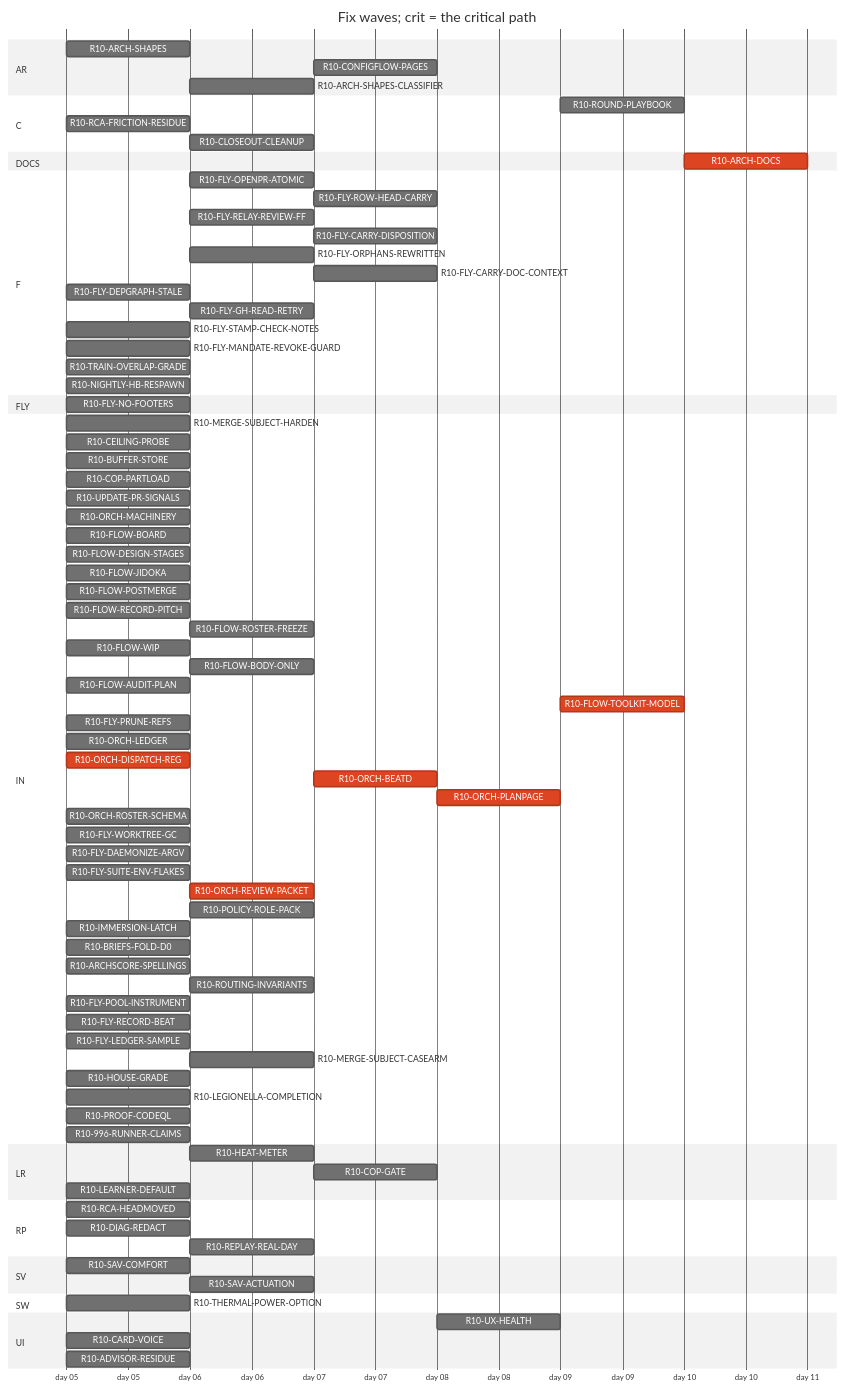
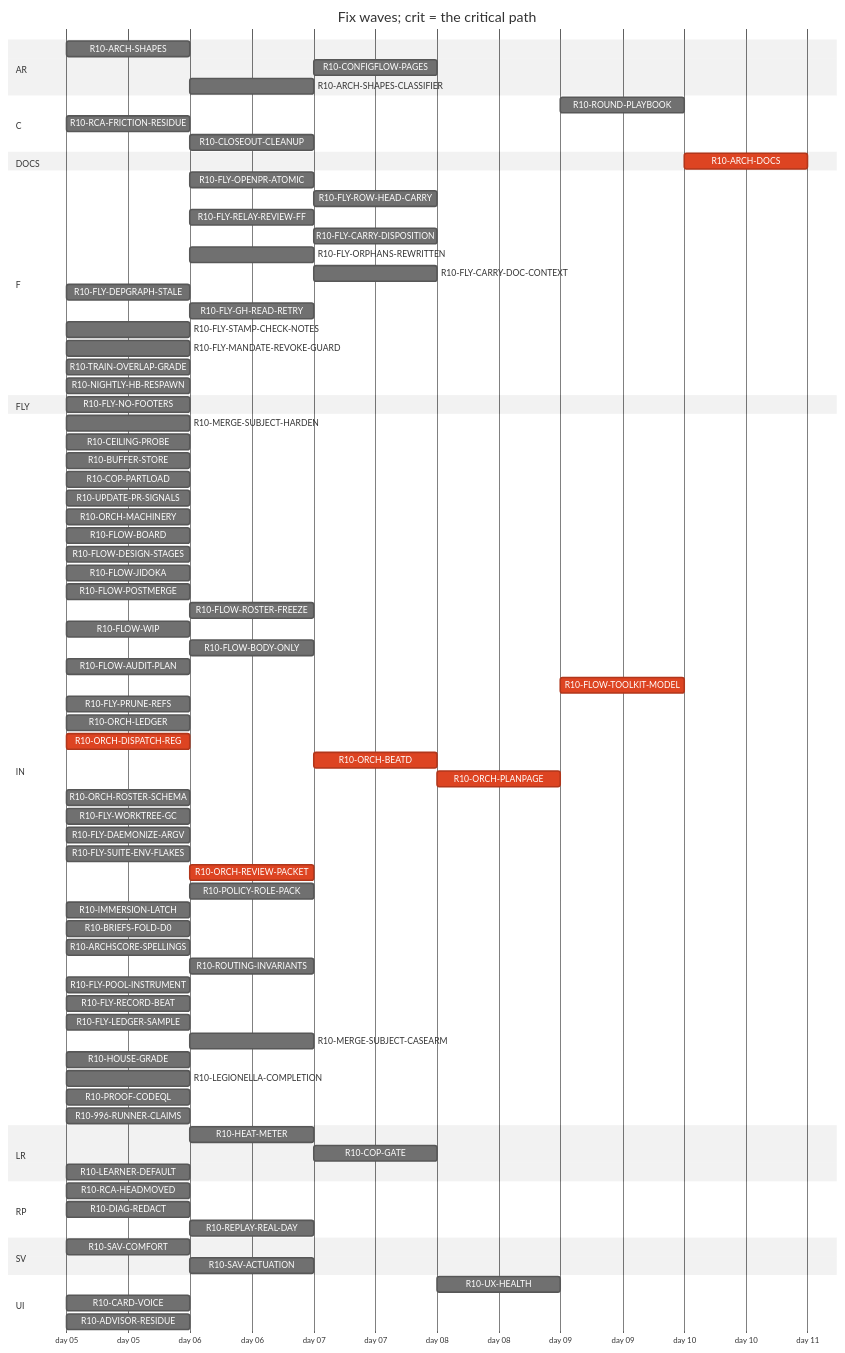
One commit to tvofi/heatpump_optimizer changed the diagram in handoff/round10/state/PLAN-TABLE.md. Above: the diagram before and after it, drawn with Mermaid (neutral theme). The commit also changed other lines of this file and 2 other files, not shown here.

```diff
--- a/handoff/round10/state/PLAN-TABLE.md
+++ b/handoff/round10/state/PLAN-TABLE.md
@@ -35,7 +34,7 @@
     R10-RCA-FRICTION-RESIDUE :r10RCAFRICTIONRESIDUE, 2026-01-05, 1d
     R10-CLOSEOUT-CLEANUP :r10CLOSEOUTCLEANUP, after r10FLYPRUNEREFS r10FLYWORKTREEGC, 1d
   section DOCS
-    R10-ARCH-DOCS :crit, r10ARCHDOCS, after r10ARCHSHAPES r10HEATMETER r10COPGATE r10UXHEALTH r10CONFIGFLOWPAGES r10RCAHEADMOVED r10SAVCOMFORT r10MERGESUBJECTHARDEN r10CEILINGPROBE r10BUFFERSTORE r10COPPARTLOAD r10UPDATEPRSIGNALS r10CARDVOICE r10THERMALPOWEROPTION r10LEARNERDEFAULT r10FLOWBOARD r10FLOWDESIGNSTAGES r10FLOWJIDOKA r10FLOWPOSTMERGE r10FLOWRECORDPITCH r10FLOWROSTERFREEZE r10FLOWWIP r10FLOWBODYONLY r10FLYOPENPRATOMIC r10FLYROWHEADCARRY r10FLOWAUDITPLAN r10FLYRELAYREVIEWFF r10FLYCARRYDISPOSITION r10FLYORPHANSREWRITTEN r10FLYCARRYDOCCONTEXT r10FLYDEPGRAPHSTALE r10FLOWTOOLKITMODEL r10FLYSTAMPCHECKNOTES r10FLYMANDATEREVOKEGUARD r10RCAFRICTIONRESIDUE r10TRAINOVERLAPGRADE r10NIGHTLYHBRESPAWN r10FLYPRUNEREFS r10ORCHLEDGER r10ORCHDISPATCHREG r10ORCHBEATD r10ORCHPLANPAGE r10ORCHROSTERSCHEMA r10FLYWORKTREEGC r10FLYDAEMONIZEARGV r10ORCHREVIEWPACKET r10POLICYROLEPACK r10IMMERSIONLATCH r10DIAGREDACT r10ADVISORRESIDUE r10BRIEFSFOLDD0 r10REPLAYREALDAY r10ARCHSCORESPELLINGS r10SAVACTUATION r10FLYLEDGERSAMPLE r10LEGIONELLACOMPLETION, 1d
+    R10-ARCH-DOCS :crit, r10ARCHDOCS, after r10ARCHSHAPES r10HEATMETER r10COPGATE r10UXHEALTH r10CONFIGFLOWPAGES r10RCAHEADMOVED r10SAVCOMFORT r10MERGESUBJECTHARDEN r10CEILINGPROBE r10BUFFERSTORE r10COPPARTLOAD r10UPDATEPRSIGNALS r10CARDVOICE r10LEARNERDEFAULT r10FLOWBOARD r10FLOWDESIGNSTAGES r10FLOWJIDOKA r10FLOWPOSTMERGE r10FLOWROSTERFREEZE r10FLOWWIP r10FLOWBODYONLY r10FLYOPENPRATOMIC r10FLYROWHEADCARRY r10FLOWAUDITPLAN r10FLYRELAYREVIEWFF r10FLYCARRYDISPOSITION r10FLYORPHANSREWRITTEN r10FLYCARRYDOCCONTEXT r10FLYDEPGRAPHSTALE r10FLOWTOOLKITMODEL r10FLYSTAMPCHECKNOTES r10FLYMANDATEREVOKEGUARD r10RCAFRICTIONRESIDUE r10TRAINOVERLAPGRADE r10NIGHTLYHBRESPAWN r10FLYPRUNEREFS r10ORCHLEDGER r10ORCHDISPATCHREG r10ORCHBEATD r10ORCHPLANPAGE r10ORCHROSTERSCHEMA r10FLYWORKTREEGC r10FLYDAEMONIZEARGV r10ORCHREVIEWPACKET r10POLICYROLEPACK r10IMMERSIONLATCH r10DIAGREDACT r10ADVISORRESIDUE r10BRIEFSFOLDD0 r10REPLAYREALDAY r10ARCHSCORESPELLINGS r10SAVACTUATION r10FLYLEDGERSAMPLE r10LEGIONELLACOMPLETION, 1d
   section F
     R10-FLY-OPENPR-ATOMIC :r10FLYOPENPRATOMIC, after r10UPDATEPRSIGNALS, 1d
     R10-FLY-ROW-HEAD-CARRY :r10FLYROWHEADCARRY, after r10FLYOPENPRATOMIC, 1d
@@ -62,7 +61,6 @@
     R10-FLOW-DESIGN-STAGES :r10FLOWDESIGNSTAGES, 2026-01-05, 1d
     R10-FLOW-JIDOKA :r10FLOWJIDOKA, 2026-01-05, 1d
     R10-FLOW-POSTMERGE :r10FLOWPOSTMERGE, 2026-01-05, 1d
-    R10-FLOW-RECORD-PITCH :r10FLOWRECORDPITCH, 2026-01-05, 1d
     R10-FLOW-ROSTER-FREEZE :r10FLOWROSTERFREEZE, after r10UPDATEPRSIGNALS, 1d
     R10-FLOW-WIP :r10FLOWWIP, 2026-01-05, 1d
     R10-FLOW-BODY-ONLY :r10FLOWBODYONLY, after r10UPDATEPRSIGNALS, 1d
@@ -92,7 +90,7 @@
     R10-PROOF-CODEQL :r10PROOFCODEQL, 2026-01-05, 1d
     R10-996-RUNNER-CLAIMS :r10996RUNNERCLAIMS, 2026-01-05, 1d
   section LR
-    R10-HEAT-METER :r10HEATMETER, after r10ARCHSHAPES r10THERMALPOWEROPTION, 1d
+    R10-HEAT-METER :r10HEATMETER, after r10ARCHSHAPES, 1d
     R10-COP-GATE :r10COPGATE, after r10HEATMETER, 1d
     R10-LEARNER-DEFAULT :r10LEARNERDEFAULT, 2026-01-05, 1d
   section RP
@@ -102,8 +100,6 @@
   section SV
     R10-SAV-COMFORT :r10SAVCOMFORT, 2026-01-05, 1d
     R10-SAV-ACTUATION :r10SAVACTUATION, after r10SAVCOMFORT, 1d
-  section SW
-    R10-THERMAL-POWER-OPTION :r10THERMALPOWEROPTION, 2026-01-05, 1d
   section UI
     R10-UX-HEALTH :r10UXHEALTH, after r10COPGATE r10HEATMETER, 1d
     R10-CARD-VOICE :r10CARDVOICE, 2026-01-05, 1d
```
